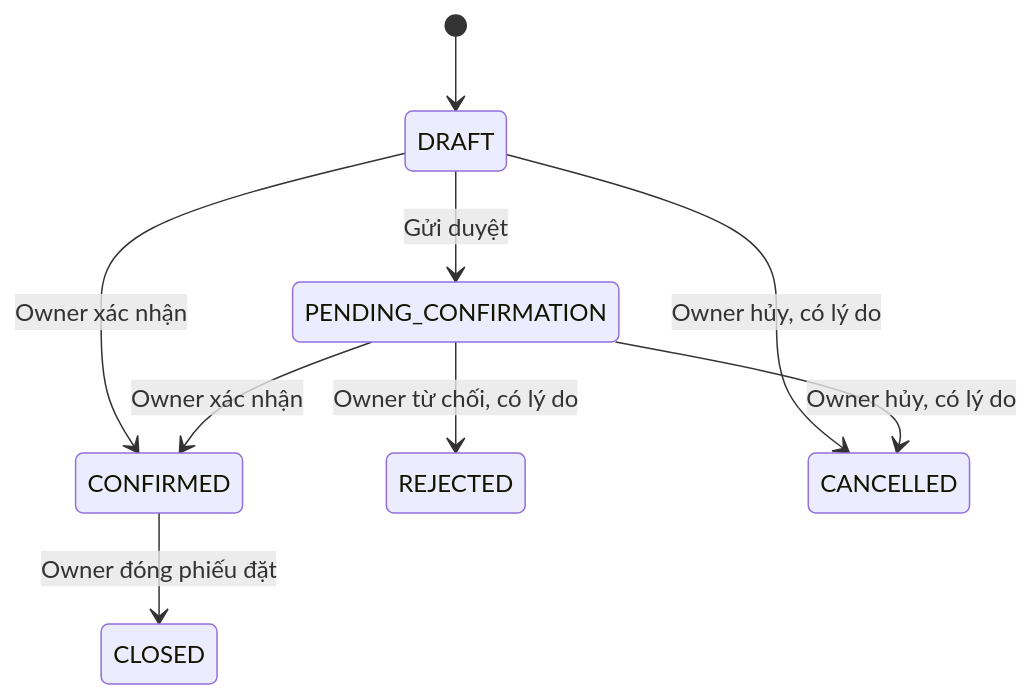
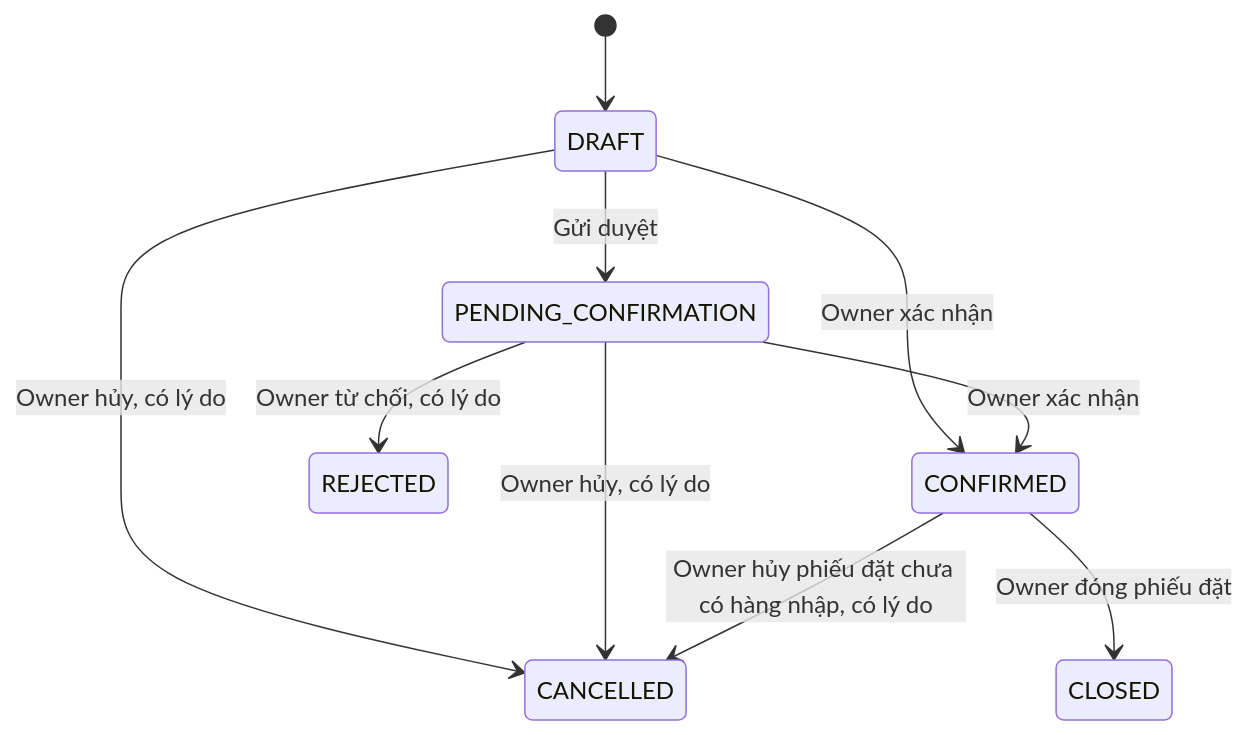
The diagram in docs/WAREHOUSE_FLOW.md (MinhTran7/THORS), drawn with Mermaid before and after one commit. The commit also changed other lines of this file and 56 other files, not shown here.

````diff
--- a/docs/WAREHOUSE_FLOW.md
+++ b/docs/WAREHOUSE_FLOW.md
@@ -51,11 +108,12 @@
 ```mermaid
 stateDiagram-v2
     [*] --> DRAFT
     DRAFT --> PENDING_CONFIRMATION: Gửi duyệt
     DRAFT --> CONFIRMED: Owner xác nhận
     PENDING_CONFIRMATION --> CONFIRMED: Owner xác nhận
     PENDING_CONFIRMATION --> REJECTED: Owner từ chối, có lý do
     DRAFT --> CANCELLED: Owner hủy, có lý do
     PENDING_CONFIRMATION --> CANCELLED: Owner hủy, có lý do
+    CONFIRMED --> CANCELLED: Owner hủy phiếu đặt chưa có hàng nhập, có lý do
     CONFIRMED --> CLOSED: Owner đóng phiếu đặt
 ```
````
